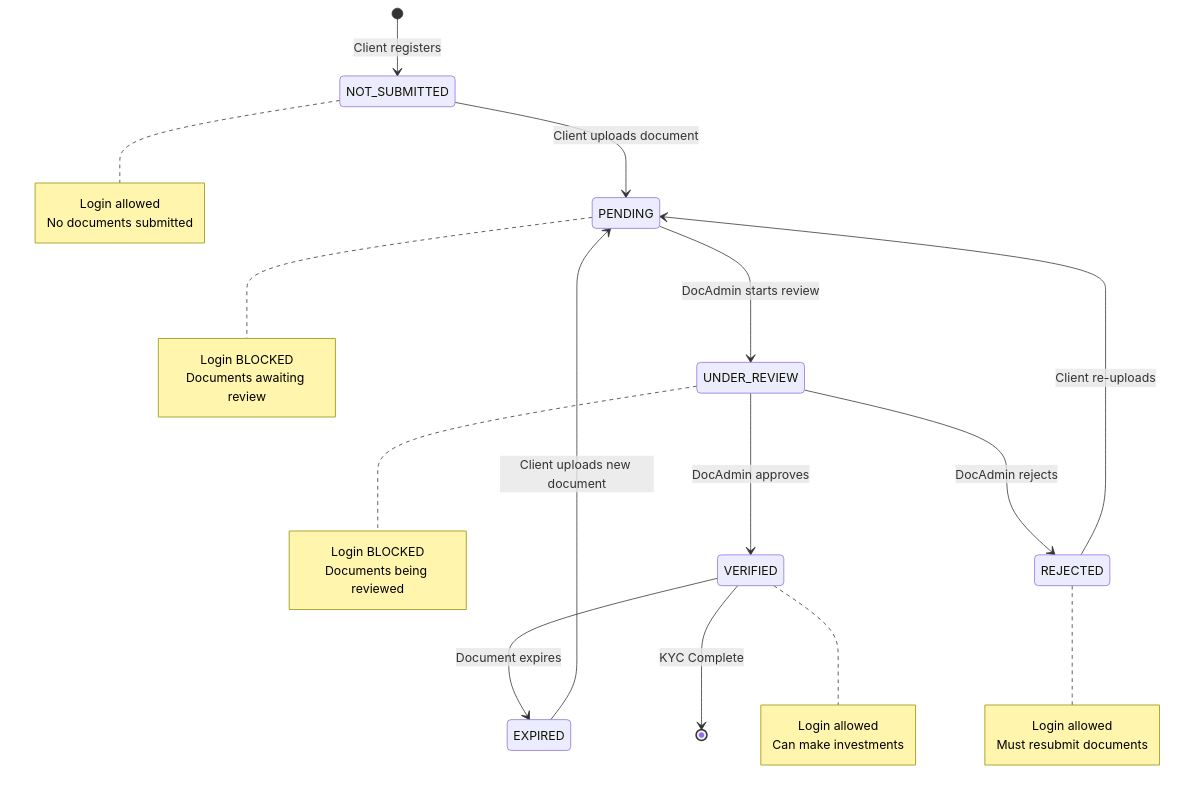
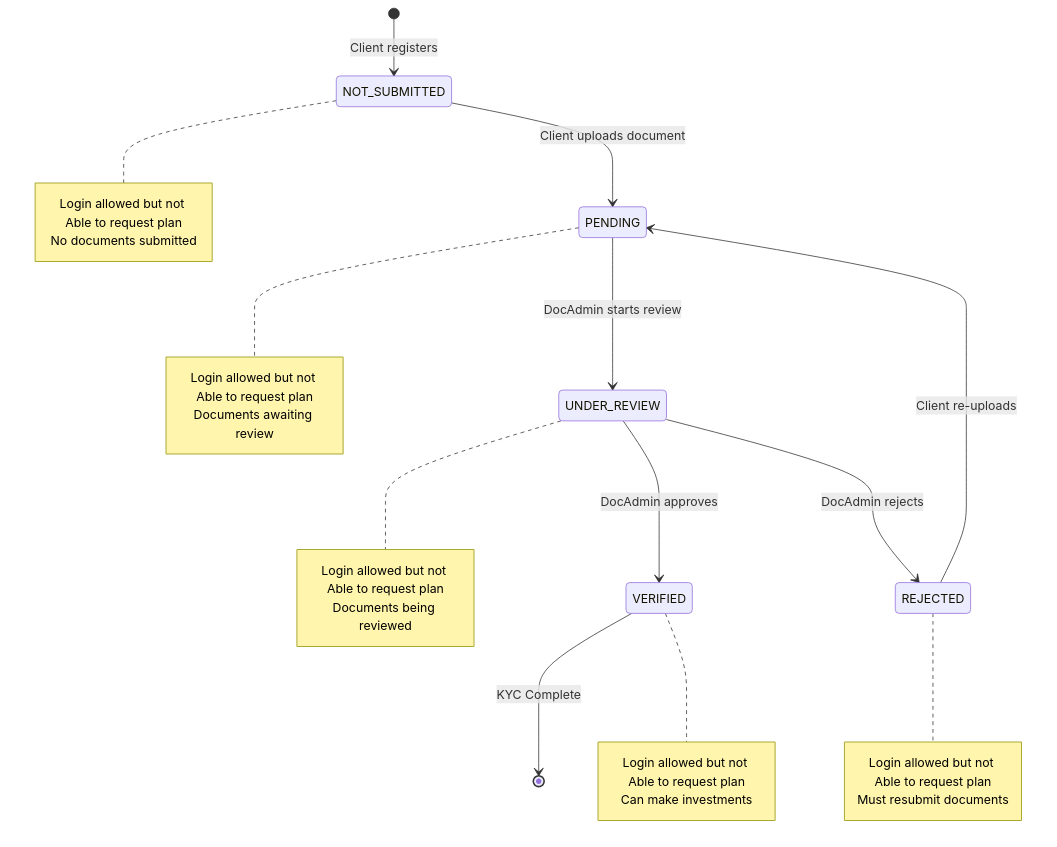
The fifth of 10 diagrams in DATABASE_SCHEMA.md (yashpandav/wealth-management), drawn with Mermaid before and after one commit. The commit also changed other lines of this file, not shown here.

Commit message:
Database flow design

````diff
--- a/DATABASE_SCHEMA.md
+++ b/DATABASE_SCHEMA.md
@@ -476,44 +496,40 @@
 ```mermaid
 stateDiagram-v2
     [*] --> NOT_SUBMITTED: Client registers
 
     NOT_SUBMITTED --> PENDING: Client uploads document
 
     PENDING --> UNDER_REVIEW: DocAdmin starts review
 
     UNDER_REVIEW --> VERIFIED: DocAdmin approves
     UNDER_REVIEW --> REJECTED: DocAdmin rejects
 
     REJECTED --> PENDING: Client re-uploads
 
-    VERIFIED --> EXPIRED: Document expires
-
-    EXPIRED --> PENDING: Client uploads new document
-
     VERIFIED --> [*]: KYC Complete
 
     note right of NOT_SUBMITTED
-        Login allowed
+        Login allowed but not Able to request plan
         No documents submitted
     end note
 
     note right of PENDING
-        Login BLOCKED
+        Login allowed but not Able to request plan
         Documents awaiting review
     end note
 
     note right of UNDER_REVIEW
-        Login BLOCKED
+        Login allowed but not Able to request plan
         Documents being reviewed
     end note
 
     note right of VERIFIED
-        Login allowed
+        Login allowed but not Able to request plan
         Can make investments
     end note
 
     note right of REJECTED
-        Login allowed
+        Login allowed but not Able to request plan
         Must resubmit documents
     end note
 ```
````
